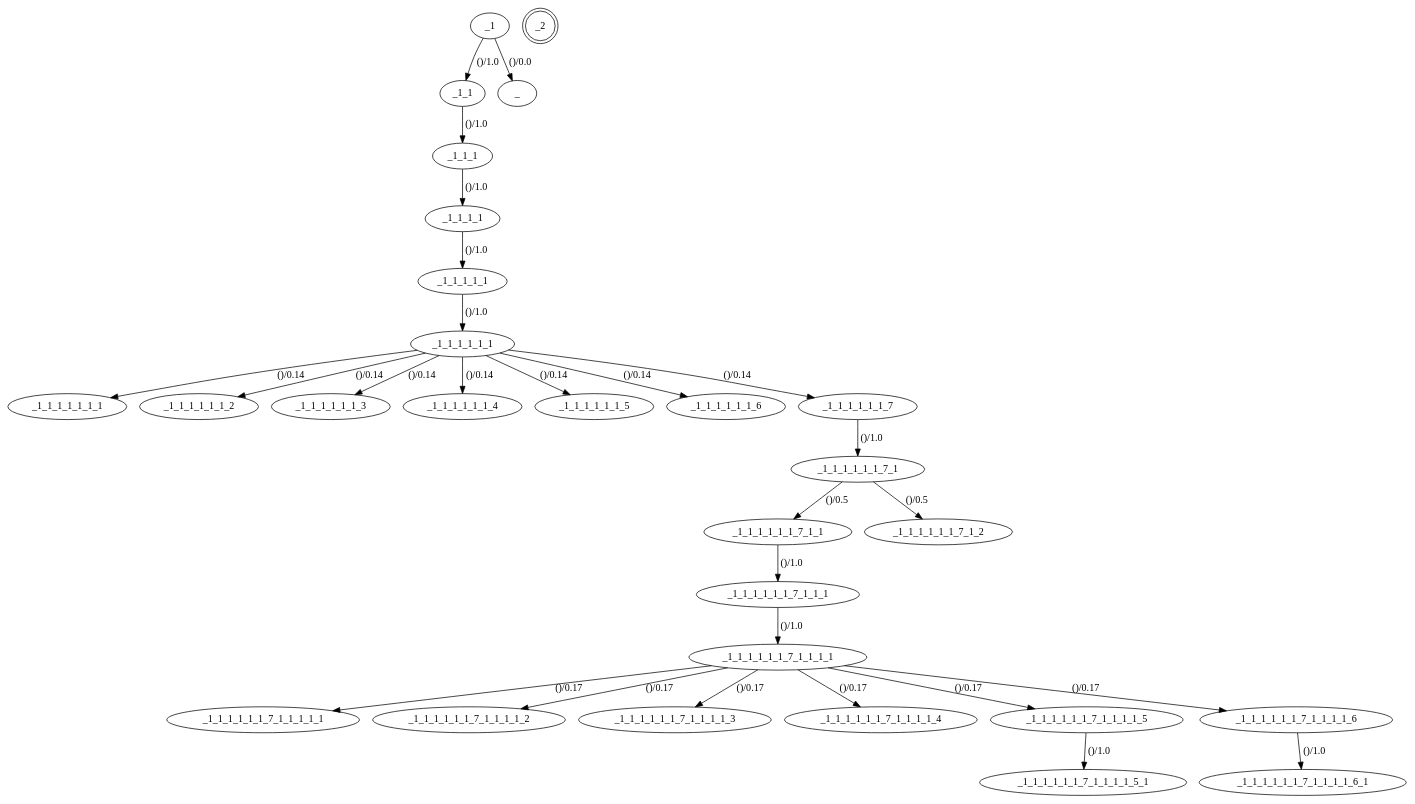
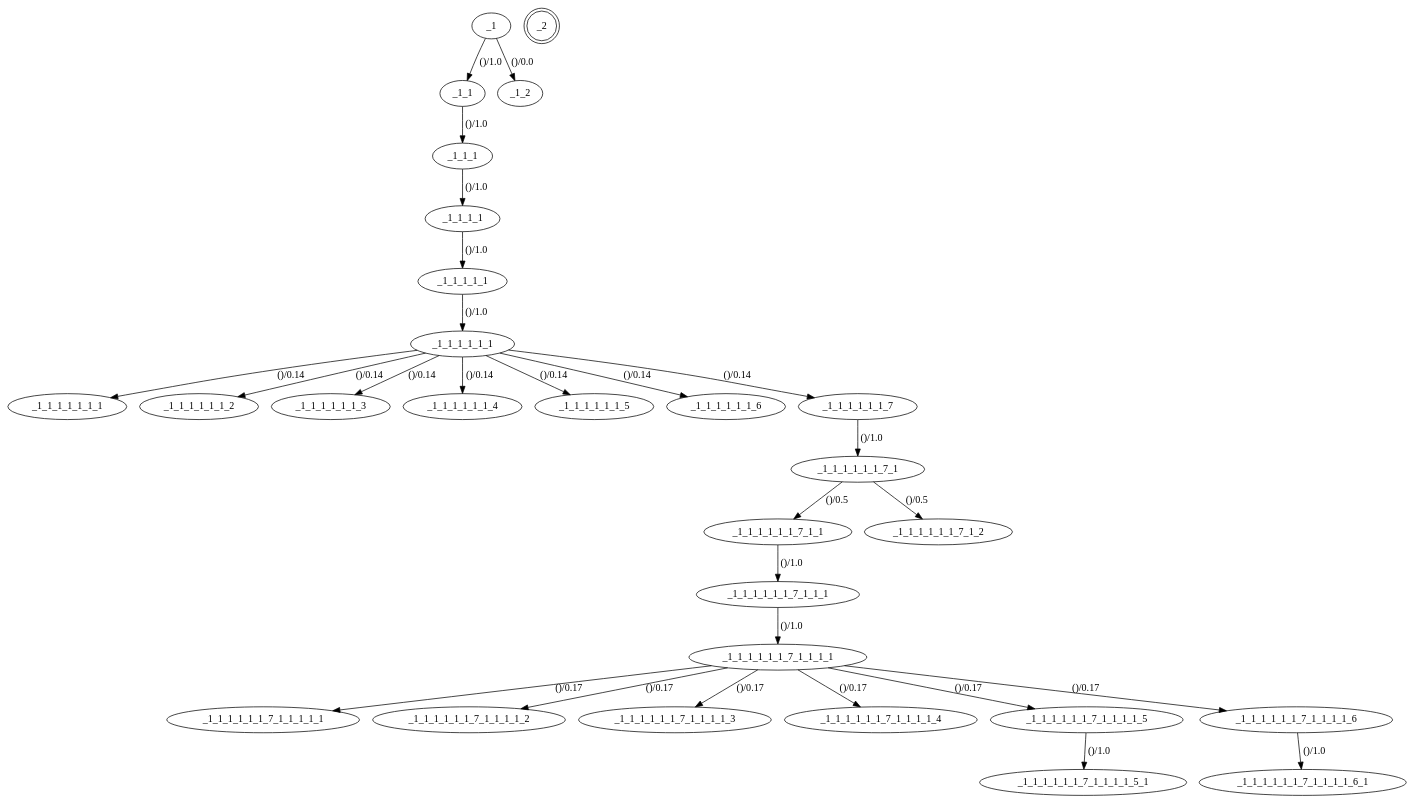
One commit to helttu/slideco-tests changed the diagram in qauto_deco/pagemodel/structure.gv. Above: the diagram before and after it, drawn with Graphviz.

```diff
--- a/qauto_deco/pagemodel/structure.gv
+++ b/qauto_deco/pagemodel/structure.gv
@@ -1,57 +1,58 @@
 digraph default_model {
 //States
 _1
 _1_1_1
 _1_1
 _1_1_1_1
 _1_1_1_1_1
 _1_1_1_1_1_1
 _1_1_1_1_1_1_1
 _1_1_1_1_1_1_2
 _1_1_1_1_1_1_3
 _1_1_1_1_1_1_4
 _1_1_1_1_1_1_5
 _1_1_1_1_1_1_6
 _1_1_1_1_1_1_7
 _1_1_1_1_1_1_7_1
 _1_1_1_1_1_1_7_1_1
 _1_1_1_1_1_1_7_1_1_1
 _1_1_1_1_1_1_7_1_1_1_1
 _1_1_1_1_1_1_7_1_1_1_1_1
 _1_1_1_1_1_1_7_1_1_1_1_2
 _1_1_1_1_1_1_7_1_1_1_1_3
 _1_1_1_1_1_1_7_1_1_1_1_4
 _1_1_1_1_1_1_7_1_1_1_1_5
 _1_1_1_1_1_1_7_1_1_1_1_5_1
 _1_1_1_1_1_1_7_1_2
 _1_1_1_1_1_1_7_1_1_1_1_6
 _1_1_1_1_1_1_7_1_1_1_1_6_1
+_1_2
 _2[shape = "doublecircle"]
 //Transitions
 _1 -> _1_1[ label = "()/1.0", probability = "1.0", set_guard = "(u'', u'')", check_guard = "(u'', u'')", edge_id = "fc549930-c01f-11e5-bdbc-a94980e8de8d"]
 _1_1 -> _1_1_1[ label = "()/1.0", probability = "1.0", set_guard = "(u'', u'')", check_guard = "(u'', u'')", edge_id = "fe4879ee-c01f-11e5-8b18-a94980e8de8d"]
 _1_1_1 -> _1_1_1_1[ label = "()/1.0", probability = "1.0", set_guard = "(u'', u'')", check_guard = "(u'', u'')", edge_id = "ac323121-c02d-11e5-8503-a94980e8de8d"]
 _1_1_1_1 -> _1_1_1_1_1[ label = "()/1.0", probability = "1.0", set_guard = "(u'', u'')", check_guard = "(u'', u'')", edge_id = "2e873671-c02e-11e5-a260-a94980e8de8d"]
 _1_1_1_1_1 -> _1_1_1_1_1_1[ label = "()/1.0", probability = "1.0", set_guard = "(u'', u'')", check_guard = "(u'', u'')", edge_id = "fa83d631-c032-11e5-aabc-a94980e8de8d"]
 _1_1_1_1_1_1 -> _1_1_1_1_1_1_1[ label = "()/0.14", probability = "0.142857142857", set_guard = "(u'', u'')", check_guard = "(u'', u'')", edge_id = "8bbcdc9f-c038-11e5-88a6-a94980e8de8d"]
 _1_1_1_1_1_1 -> _1_1_1_1_1_1_2[ label = "()/0.14", probability = "0.142857142857", set_guard = "(u'', u'')", check_guard = "(u'', u'')", edge_id = "e2cac7ef-c038-11e5-b7d3-a94980e8de8d"]
 _1_1_1_1_1_1 -> _1_1_1_1_1_1_3[ label = "()/0.14", probability = "0.142857142857", set_guard = "(u'', u'')", check_guard = "(u'', u'')", edge_id = "0b82f9ae-c039-11e5-b3ff-a94980e8de8d"]
 _1_1_1_1_1_1 -> _1_1_1_1_1_1_4[ label = "()/0.14", probability = "0.142857142857", set_guard = "(u'', u'')", check_guard = "(u'', u'')", edge_id = "3bceb6e2-c039-11e5-9122-a94980e8de8d"]
 _1_1_1_1_1_1 -> _1_1_1_1_1_1_5[ label = "()/0.14", probability = "0.142857142857", set_guard = "(u'', u'')", check_guard = "(u'', u'')", edge_id = "fdcfa1a1-c039-11e5-8b14-a94980e8de8d"]
 _1_1_1_1_1_1 -> _1_1_1_1_1_1_6[ label = "()/0.14", probability = "0.142857142857", set_guard = "(u'', u'')", check_guard = "(u'', u'')", edge_id = "ff775e30-c039-11e5-93ba-a94980e8de8d"]
 _1_1_1_1_1_1 -> _1_1_1_1_1_1_7[ label = "()/0.14", probability = "0.142857142857", set_guard = "(u'', u'')", check_guard = "(u'', u'')", edge_id = "01636f5f-c03d-11e5-94c1-a94980e8de8d"]
 _1_1_1_1_1_1_7 -> _1_1_1_1_1_1_7_1[ label = "()/1.0", probability = "1.0", set_guard = "(u'', u'')", check_guard = "(u'', u'')", edge_id = "63c5beb1-c03d-11e5-986f-a94980e8de8d"]
 _1_1_1_1_1_1_7_1 -> _1_1_1_1_1_1_7_1_1[ label = "()/0.5", probability = "0.5", set_guard = "(u'', u'')", check_guard = "(u'', u'')", edge_id = "81ed66c1-c03f-11e5-b923-a94980e8de8d"]
 _1_1_1_1_1_1_7_1_1 -> _1_1_1_1_1_1_7_1_1_1[ label = "()/1.0", probability = "1.0", set_guard = "(u'', u'')", check_guard = "(u'', u'')", edge_id = "80083690-c040-11e5-a873-a94980e8de8d"]
 _1_1_1_1_1_1_7_1_1_1 -> _1_1_1_1_1_1_7_1_1_1_1[ label = "()/1.0", probability = "1.0", set_guard = "(u'', u'')", check_guard = "(u'', u'')", edge_id = "110f70e2-c041-11e5-8143-a94980e8de8d"]
 _1_1_1_1_1_1_7_1_1_1_1 -> _1_1_1_1_1_1_7_1_1_1_1_1[ label = "()/0.17", probability = "0.166666666667", set_guard = "(u'', u'')", check_guard = "(u'', u'')", edge_id = "cb99f522-c041-11e5-8451-a94980e8de8d"]
 _1_1_1_1_1_1_7_1_1_1_1 -> _1_1_1_1_1_1_7_1_1_1_1_2[ label = "()/0.17", probability = "0.166666666667", set_guard = "(u'', u'')", check_guard = "(u'', u'')", edge_id = "018954a1-c042-11e5-88d0-a94980e8de8d"]
 _1_1_1_1_1_1_7_1_1_1_1 -> _1_1_1_1_1_1_7_1_1_1_1_3[ label = "()/0.17", probability = "0.166666666667", set_guard = "(u'', u'')", check_guard = "(u'', u'')", edge_id = "2f99eede-c042-11e5-a975-a94980e8de8d"]
 _1_1_1_1_1_1_7_1_1_1_1 -> _1_1_1_1_1_1_7_1_1_1_1_4[ label = "()/0.17", probability = "0.166666666667", set_guard = "(u'', u'')", check_guard = "(u'', u'')", edge_id = "59dcb841-c042-11e5-a3d8-a94980e8de8d"]
 _1_1_1_1_1_1_7_1_1_1_1 -> _1_1_1_1_1_1_7_1_1_1_1_5[ label = "()/0.17", probability = "0.166666666667", set_guard = "(u'', u'')", check_guard = "(u'', u'')", edge_id = "9ddb07e2-c042-11e5-a824-a94980e8de8d"]
 _1_1_1_1_1_1_7_1_1_1_1_5 -> _1_1_1_1_1_1_7_1_1_1_1_5_1[ label = "()/1.0", probability = "1.0", set_guard = "(u'', u'')", check_guard = "(u'', u'')", edge_id = "a6ca075e-c0c0-11e5-bbbb-a94980e8de8d"]
 _1_1_1_1_1_1_7_1 -> _1_1_1_1_1_1_7_1_2[ label = "()/0.5", probability = "0.5", set_guard = "(u'', u'')", check_guard = "(u'', u'')", edge_id = "90f4aa10-c0c2-11e5-9162-a94980e8de8d"]
 _1_1_1_1_1_1_7_1_1_1_1 -> _1_1_1_1_1_1_7_1_1_1_1_6[ label = "()/0.17", probability = "0.166666666667", set_guard = "(u'', u'')", check_guard = "(u'', u'')", edge_id = "07bfa41e-c59f-11e5-ac9f-2c600cd4c6d7"]
 _1_1_1_1_1_1_7_1_1_1_1_6 -> _1_1_1_1_1_1_7_1_1_1_1_6_1[ label = "()/1.0", probability = "1.0", set_guard = "(u'', u'')", check_guard = "(u'', u'')", edge_id = "b18e8770-c5a2-11e5-922c-2c600cd4c6d7"]
-_1 -> _[ label = "()/0.0", probability = "0.0", set_guard = "('', '')", check_guard = "('', '')", edge_id = "f0ffd800-c66a-11e5-8f83-2c600cd4c6d7"]
+_1 -> _1_2[ label = "()/0.0", probability = "0.0", set_guard = "('', '')", check_guard = "('', '')", edge_id = "f0ffd800-c66a-11e5-8f83-2c600cd4c6d7"]
 }
```
